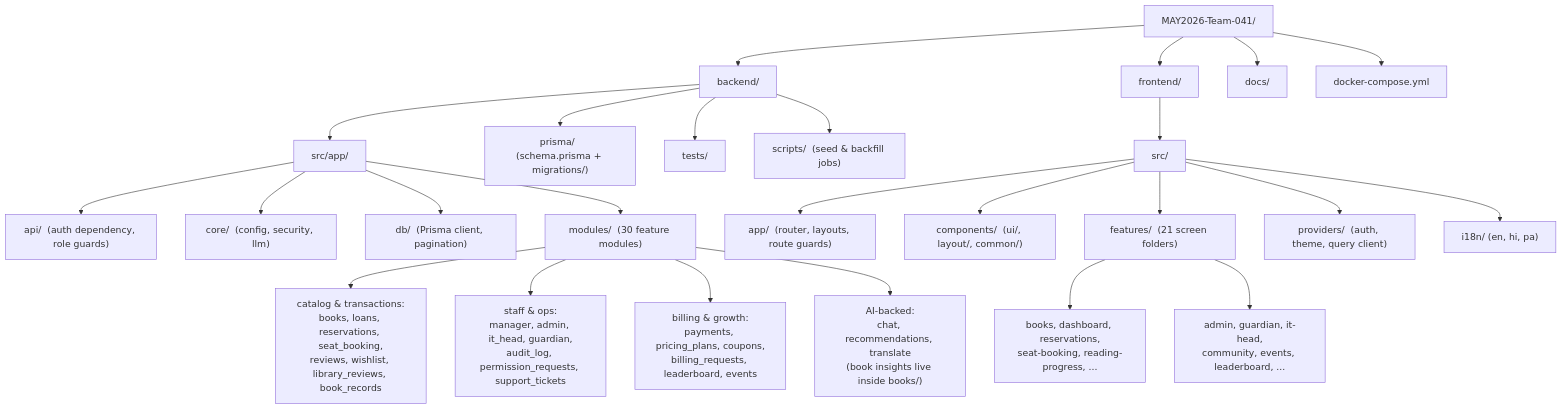
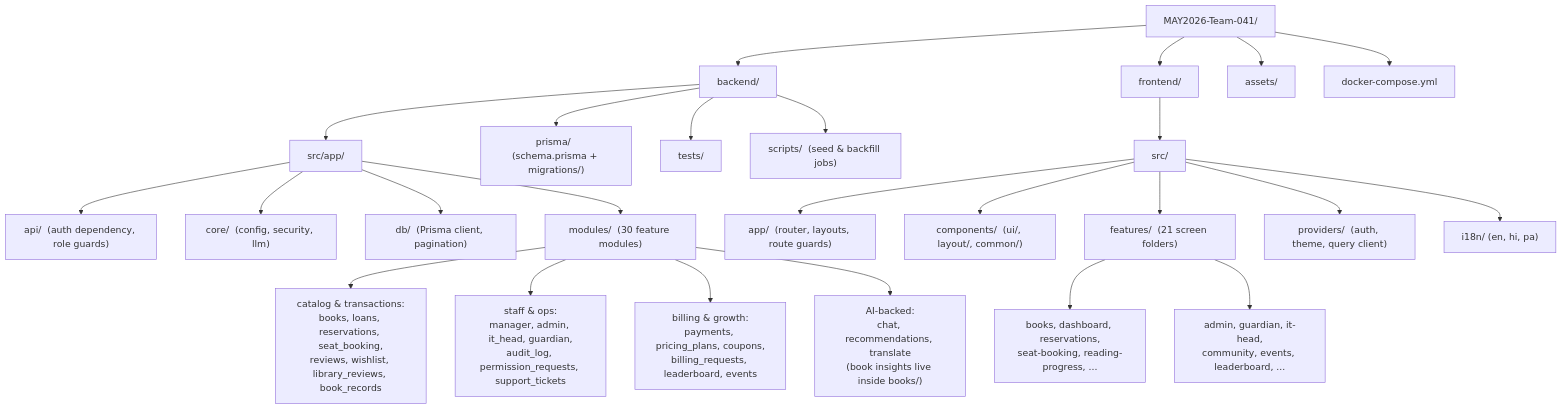
The second of 5 diagrams in README.md (23f2004695/MAY2026-Team-041), drawn with Mermaid before and after one commit. The commit also changed other lines of this file, not shown here.

````diff
--- a/README.md
+++ b/README.md
@@ -108,33 +108,33 @@
 ```mermaid
 flowchart TD
     Root["MAY2026-Team-041/"]
     Root --> Backend["backend/"]
     Root --> Frontend["frontend/"]
-    Root --> Docs["docs/"]
+    Root --> Assets["assets/"]
     Root --> Compose["docker-compose.yml"]
 
     Backend --> BApp["src/app/"]
     Backend --> BPrisma["prisma/  (schema.prisma + migrations/)"]
     Backend --> BTests["tests/"]
     Backend --> BScripts["scripts/  (seed &amp; backfill jobs)"]
 
     BApp --> BApi["api/  (auth dependency, role guards)"]
     BApp --> BCore["core/  (config, security, llm)"]
     BApp --> BDb["db/  (Prisma client, pagination)"]
     BApp --> BModules["modules/  (30 feature modules)"]
 
     BModules --> BM1["catalog &amp; transactions:<br/>books, loans, reservations, seat_booking,<br/>reviews, wishlist, library_reviews, book_records"]
     BModules --> BM2["staff &amp; ops:<br/>manager, admin, it_head, guardian,<br/>audit_log, permission_requests, support_tickets"]
     BModules --> BM3["billing &amp; growth:<br/>payments, pricing_plans, coupons,<br/>billing_requests, leaderboard, events"]
     BModules --> BM4["AI-backed:<br/>chat, recommendations, translate<br/>(book insights live inside books/)"]
 
     Frontend --> FSrc["src/"]
     FSrc --> FApp["app/  (router, layouts, route guards)"]
     FSrc --> FComponents["components/  (ui/, layout/, common/)"]
     FSrc --> FFeatures["features/  (21 screen folders)"]
     FSrc --> FProviders["providers/  (auth, theme, query client)"]
     FSrc --> FI18n["i18n/  (en, hi, pa)"]
 
     FFeatures --> FF1["books, dashboard, reservations,<br/>seat-booking, reading-progress, ..."]
     FFeatures --> FF2["admin, guardian, it-head,<br/>community, events, leaderboard, ..."]
 ```
````
